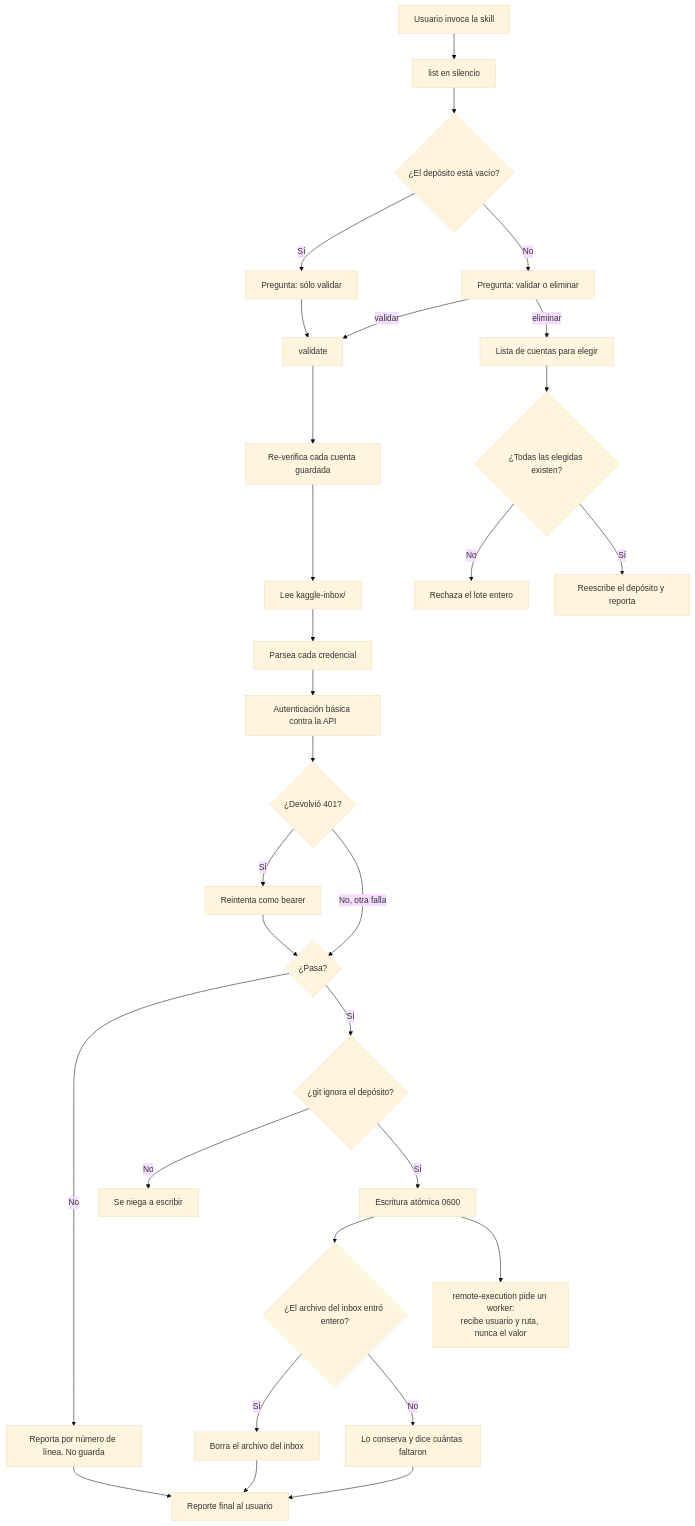
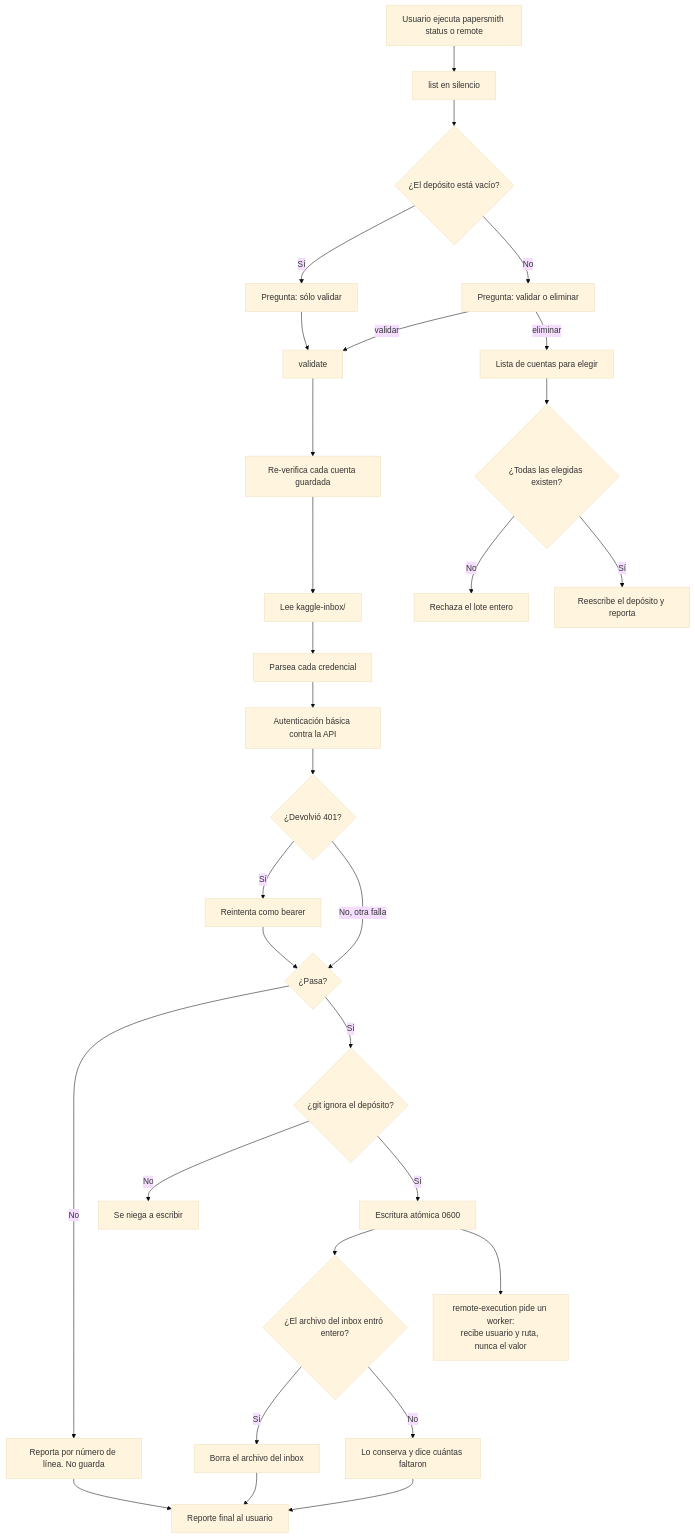
The fifth of 6 diagrams in README.md (CarlosAndres12/papersmith-ai), drawn with Mermaid (base theme) before and after one commit. The commit also changed other lines of this file, not shown here.

Commit message:
docs(papersmith): make the CLI the default workflow

````diff
--- a/README.md
+++ b/README.md
@@ -1057,32 +1083,32 @@
 ```mermaid
 flowchart TD
-    A["Usuario invoca la skill"] --> B["list en silencio"]
+    A["Usuario ejecuta papersmith status o remote"] --> B["list en silencio"]
     B --> C{"¿El depósito está vacío?"}
     C -- Sí --> D["Pregunta: sólo validar"]
     C -- No --> E["Pregunta: validar o eliminar"]
     D --> F["validate"]
     E -- validar --> F
     E -- eliminar --> G["Lista de cuentas para elegir"]
     G --> H{"¿Todas las elegidas existen?"}
     H -- No --> I["Rechaza el lote entero"]
     H -- Sí --> J["Reescribe el depósito y reporta"]
     F --> K["Re-verifica cada cuenta guardada"]
     K --> L["Lee kaggle-inbox/"]
     L --> M["Parsea cada credencial"]
     M --> N["Autenticación básica contra la API"]
     N --> O{"¿Devolvió 401?"}
     O -- Sí --> P["Reintenta como bearer"]
     O -- "No, otra falla" --> Q{"¿Pasa?"}
     P --> Q
     Q -- No --> R["Reporta por número de línea. No guarda"]
     Q -- Sí --> S{"¿git ignora el depósito?"}
     S -- No --> T["Se niega a escribir"]
     S -- Sí --> U["Escritura atómica 0600"]
     U --> V{"¿El archivo del inbox entró entero?"}
     V -- Sí --> W["Borra el archivo del inbox"]
     V -- No --> X["Lo conserva y dice cuántas faltaron"]
     W --> Y["Reporte final al usuario"]
     X --> Y
     R --> Y
     U --> Z["remote-execution pide un worker:<br/>recibe usuario y ruta, nunca el valor"]
 ```
````
